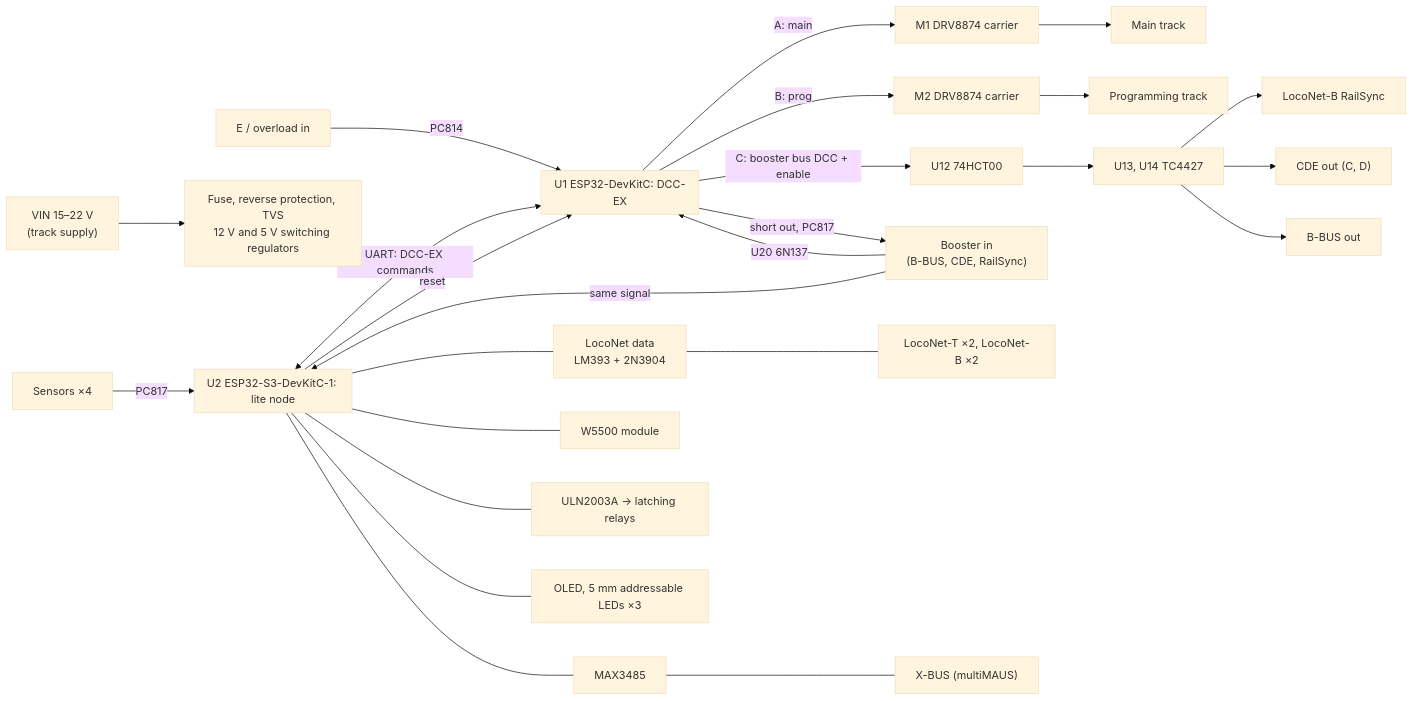
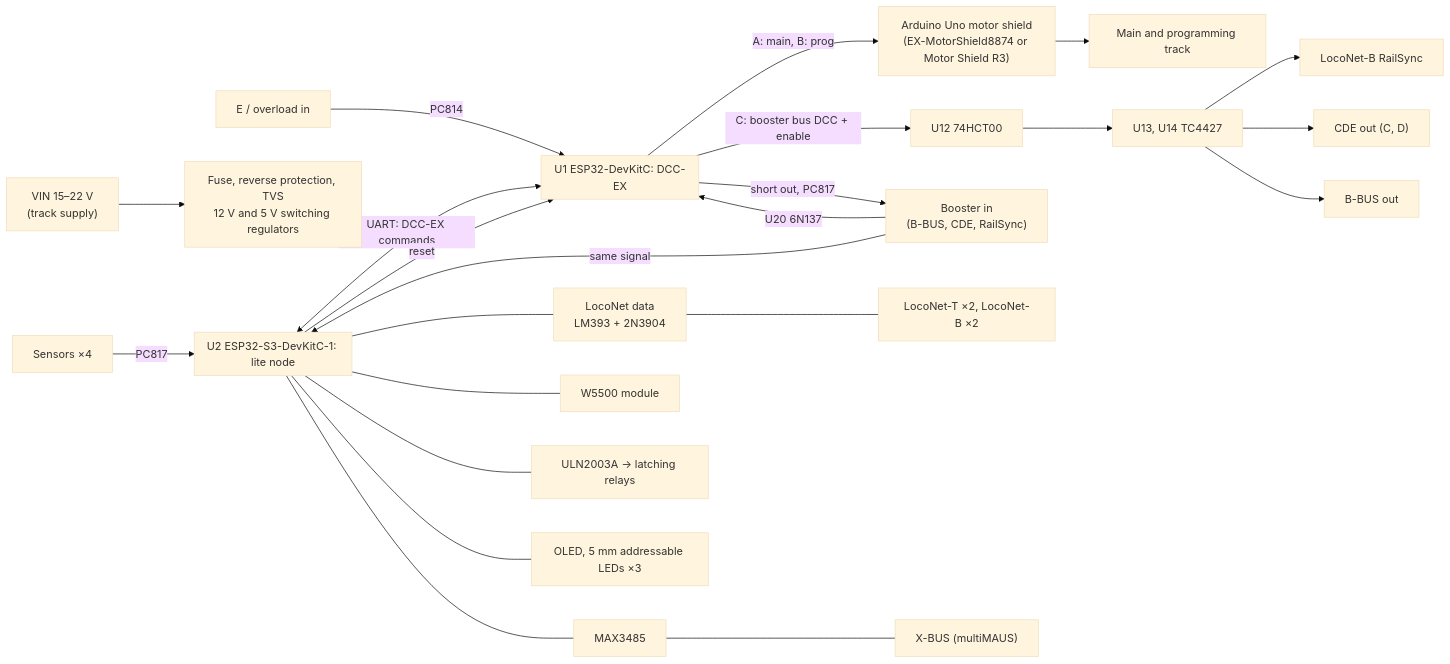
Before and after one commit to CuriousTimo/Hive-Rail: the diagram in hardware/board-v2/README.md, drawn with Mermaid (base theme). The commit also changed other lines of this file and 1 other file, not shown here.

Commit message:
Board v2 draft: Arduino Uno motor shield headers (wired as DCC-EX's ESP32 shield definitions), shield optional for districts on boosters only

````diff
--- a/hardware/board-v2/README.md
+++ b/hardware/board-v2/README.md
@@ -16,26 +16,25 @@
 ```mermaid
 flowchart LR
     VIN["VIN 15–22 V<br/>(track supply)"] --> PWR["Fuse, reverse protection, TVS<br/>12 V and 5 V switching regulators"]
     subgraph U1["U1 ESP32-DevKitC: DCC-EX"]
     end
     subgraph U2["U2 ESP32-S3-DevKitC-1: lite node"]
     end
-    U1 -->|"A: main"| DRVA["M1 DRV8874 carrier"] --> MAIN["Main track"]
-    U1 -->|"B: prog"| DRVB["M2 DRV8874 carrier"] --> PROG["Programming track"]
+    U1 -->|"A: main, B: prog"| SHIELD["Arduino Uno motor shield<br/>(EX-MotorShield8874 or Motor Shield R3)"] --> TRACKS["Main and programming track"]
     U1 -->|"C: booster bus DCC + enable"| GATE["U12 74HCT00"] --> DRV12["U13, U14 TC4427"]
     DRV12 --> LNB["LocoNet-B RailSync"]
     DRV12 --> CDE["CDE out (C, D)"]
     DRV12 --> BBO["B-BUS out"]
     EIN["E / overload in"] -->|"PC814"| U1
     BIN["Booster in<br/>(B-BUS, CDE, RailSync)"] -->|"U20 6N137"| U1
     BIN -->|"same signal"| U2
     U1 -->|"short out, PC817"| BIN
     U2 <-->|"UART: DCC-EX commands"| U1
     U2 -->|"reset"| U1
     U2 --- LN["LocoNet data<br/>LM393 + 2N3904"] --- LNT["LocoNet-T ×2, LocoNet-B ×2"]
     U2 --- XN["MAX3485"] --- XBUS["X-BUS (multiMAUS)"]
     U2 --- ETH["W5500 module"]
     U2 --- REL["ULN2003A → latching relays"]
     SENS["Sensors ×4"] -->|"PC817"| U2
     U2 --- UI["OLED, 5 mm addressable LEDs ×3"]
 ```
````
